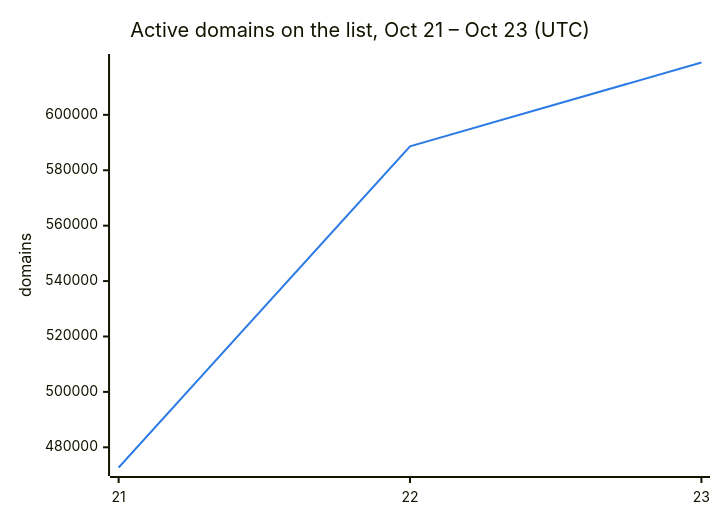
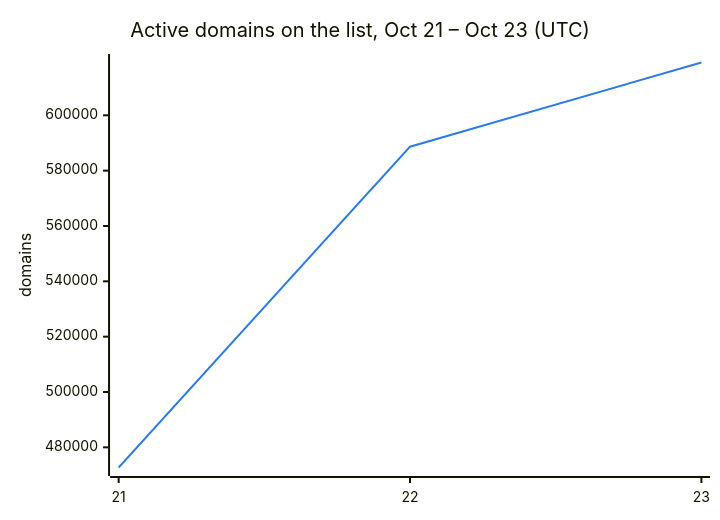
One commit to DNSBunker/CTI changed the second of 3 diagrams in README.md. Above: the diagram before and after it, drawn with Mermaid. The commit also changed other lines of this file and 3 other files, not shown here.

````diff
--- a/README.md
+++ b/README.md
@@ -38,8 +38,8 @@
 ```mermaid
 %%{init: {"themeVariables": {"xyChart": {"plotColorPalette": "#2c7be5"}}}}%%
 xychart-beta
     title "Active domains on the list, Oct 21 – Oct 23 (UTC)"
     x-axis ["21", "22", "23"]
     y-axis "domains"
-    line [472713, 588659, 618891]
+    line [472713, 588659, 619084]
 ```
````
